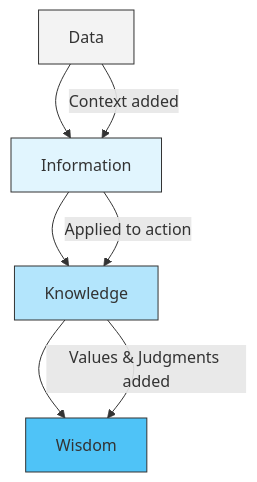
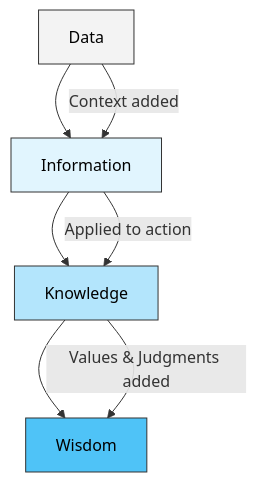
One commit to AtlasRoX/everything101 changed the diagram in humanities-finance-society/Philosophy/Knowledge101.md. Above: the diagram before and after it, drawn with Mermaid. The commit also changed 27 other files, not shown here.

````diff
--- a/humanities-finance-society/Philosophy/Knowledge101.md
+++ b/humanities-finance-society/Philosophy/Knowledge101.md
@@ -44,15 +44,15 @@
 ```mermaid
 graph TD
     Data[Data] --> Info[Information]
     Info --> Know[Knowledge]
     Know --> Wis[Wisdom]
     
     Data -->|Context added| Info
     Info -->|Applied to action| Know
     Know -->|Values & Judgments added| Wis
     
-    style Data fill:#f3f3f3,stroke:#333
-    style Info fill:#e1f5fe,stroke:#333
-    style Know fill:#b3e5fc,stroke:#333
-    style Wis fill:#4fc3f7,stroke:#333
+    style Data fill:#f3f3f3,stroke:#333,color:#000
+    style Info fill:#e1f5fe,stroke:#333,color:#000
+    style Know fill:#b3e5fc,stroke:#333,color:#000
+    style Wis fill:#4fc3f7,stroke:#333,color:#000
 ```
````
